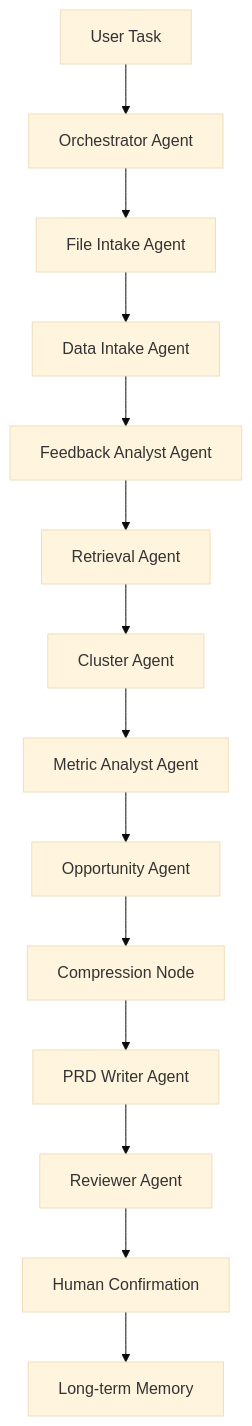
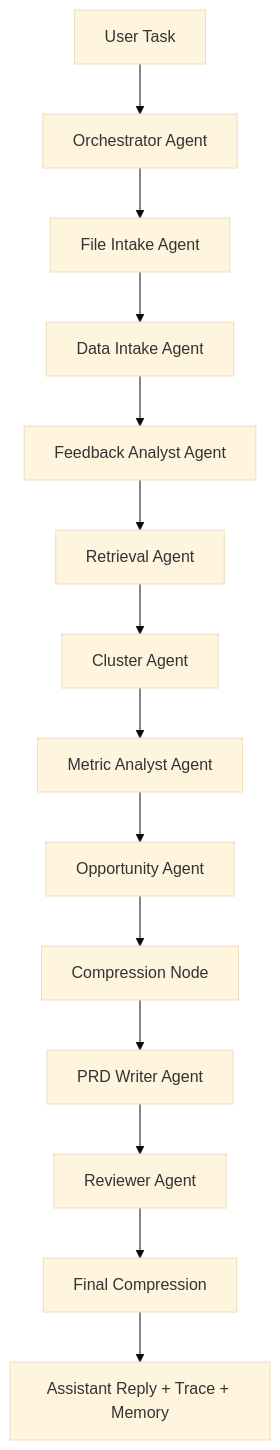
The second of 3 diagrams in README.md (wxl-0/FeedbackOS-Agent), drawn with Mermaid (base theme) before and after one commit. The commit also changed other lines of this file and 2 other files, not shown here.

````diff
--- a/README.md
+++ b/README.md
@@ -38,16 +93,16 @@
 ```mermaid
 flowchart TD
   A[User Task] --> B[Orchestrator Agent]
   B --> C[File Intake Agent]
   C --> D[Data Intake Agent]
   D --> E[Feedback Analyst Agent]
   E --> F[Retrieval Agent]
   F --> G[Cluster Agent]
   G --> H[Metric Analyst Agent]
   H --> I[Opportunity Agent]
   I --> J[Compression Node]
   J --> K[PRD Writer Agent]
   K --> L[Reviewer Agent]
-  L --> M[Human Confirmation]
-  M --> N[Long-term Memory]
+  L --> M[Final Compression]
+  M --> N[Assistant Reply + Trace + Memory]
 ```
````
